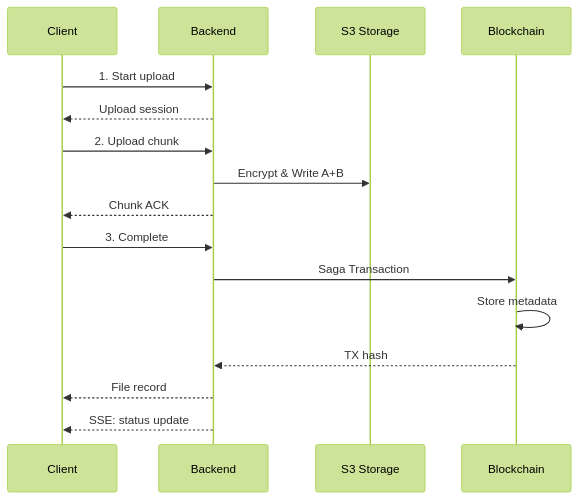
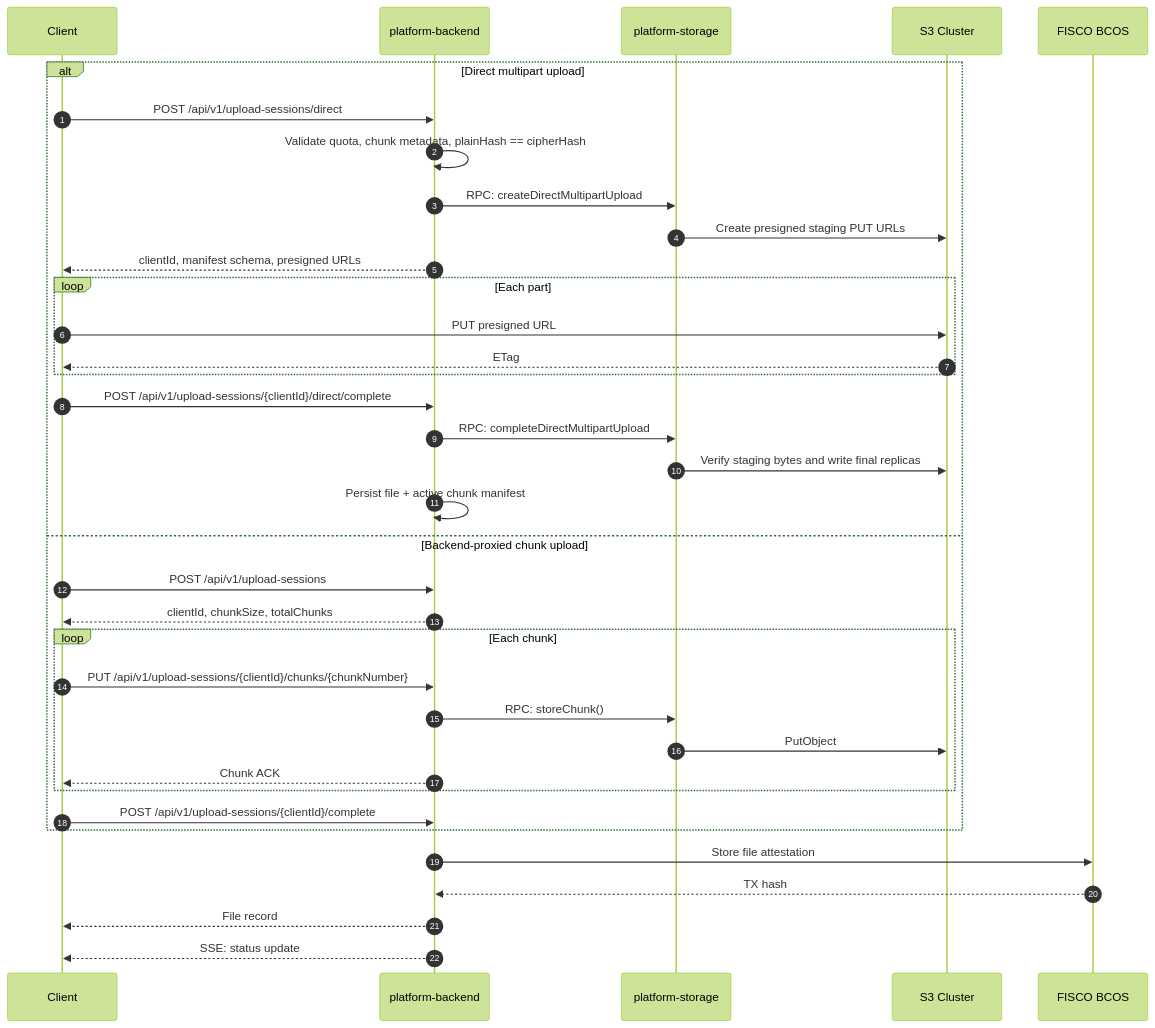
The second of 9 diagrams in docs/en/architecture/system-overview.md (SoarCollab/RecordPlatform), drawn with Mermaid (forest theme) before and after one commit. The commit also changed other lines of this file and 10 other files, not shown here.

Commit message:
docs: align contracts with strict upload flows

````diff
--- a/docs/en/architecture/system-overview.md
+++ b/docs/en/architecture/system-overview.md
@@ -108,22 +108,41 @@
 ```mermaid
 sequenceDiagram
+    autonumber
+
     participant Client
-    participant Backend
-    participant S3 as S3 Storage
-    participant Chain as Blockchain
+    participant Backend as platform-backend
+    participant Storage as platform-storage
+    participant S3 as S3 Cluster
+    participant Chain as FISCO BCOS
 
-    Client->>Backend: 1. Start upload
-    Backend-->>Client: Upload session
+    alt Direct multipart upload
+        Client->>Backend: POST /api/v1/upload-sessions/direct
+        Backend->>Backend: Validate quota, chunk metadata, plainHash == cipherHash
+        Backend->>Storage: RPC: createDirectMultipartUpload
+        Storage->>S3: Create presigned staging PUT URLs
+        Backend-->>Client: clientId, manifest schema, presigned URLs
+        loop Each part
+            Client->>S3: PUT presigned URL
+            S3-->>Client: ETag
+        end
+        Client->>Backend: POST /api/v1/upload-sessions/{clientId}/direct/complete
+        Backend->>Storage: RPC: completeDirectMultipartUpload
+        Storage->>S3: Verify staging bytes and write final replicas
+        Backend->>Backend: Persist file + active chunk manifest
+    else Backend-proxied chunk upload
+        Client->>Backend: POST /api/v1/upload-sessions
+        Backend-->>Client: clientId, chunkSize, totalChunks
+        loop Each chunk
+            Client->>Backend: PUT /api/v1/upload-sessions/{clientId}/chunks/{chunkNumber}
+            Backend->>Storage: RPC: storeChunk()
+            Storage->>S3: PutObject
+            Backend-->>Client: Chunk ACK
+        end
+        Client->>Backend: POST /api/v1/upload-sessions/{clientId}/complete
+    end
 
-    Client->>Backend: 2. Upload chunk
-    Backend->>S3: Encrypt & Write A+B
-    Backend-->>Client: Chunk ACK
-
-    Client->>Backend: 3. Complete
-    Backend->>Chain: Saga Transaction
-    Chain->>Chain: Store metadata
+    Backend->>Chain: Store file attestation
     Chain-->>Backend: TX hash
     Backend-->>Client: File record
-
     Backend-->>Client: SSE: status update
 ```
````
